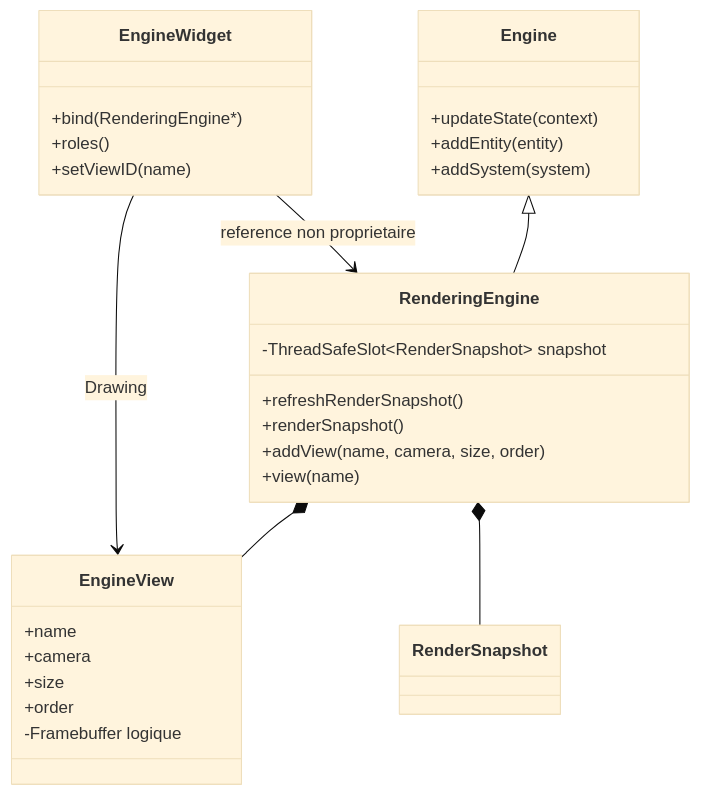
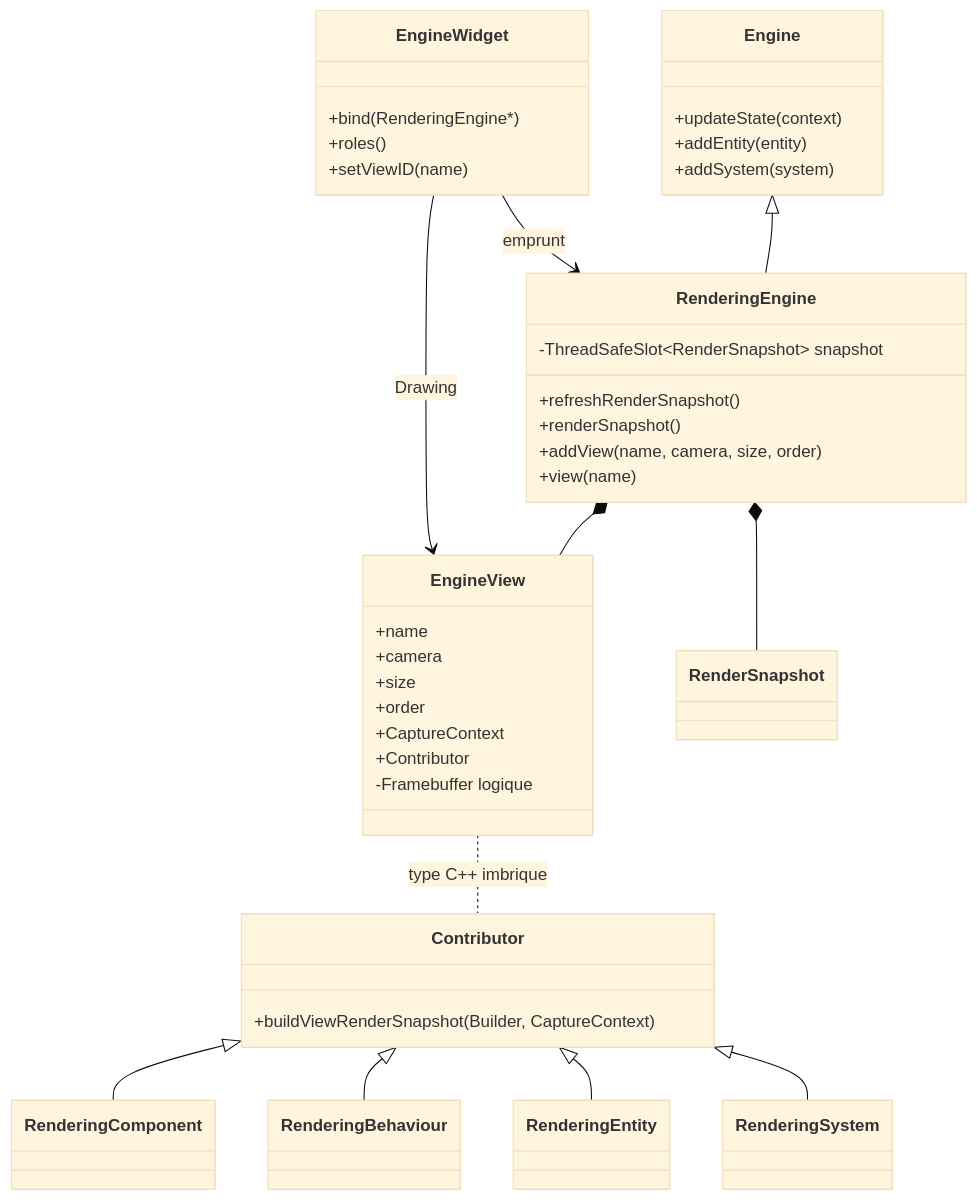
Before and after one commit to EreliaStudio/Sparkle: the sixth of 10 diagrams in docs/voxel-engine-v0.1.4-specification.md, drawn with Mermaid (base theme). The commit also changed other lines of this file, not shown here.

Commit message:
docs(v0.1.4): align class and execution diagrams with EngineView contributors

````diff
--- a/docs/voxel-engine-v0.1.4-specification.md
+++ b/docs/voxel-engine-v0.1.4-specification.md
@@ -586,32 +588,46 @@
 ```mermaid
 classDiagram
   class Engine {
     +updateState(context)
     +addEntity(entity)
     +addSystem(system)
   }
   class RenderingEngine {
     +refreshRenderSnapshot()
     +renderSnapshot()
     +addView(name, camera, size, order)
     +view(name)
     -ThreadSafeSlot~RenderSnapshot~ snapshot
   }
   class EngineView {
     +name
     +camera
     +size
     +order
+    +CaptureContext
+    +Contributor
     -Framebuffer logique
   }
+  class Contributor {
+    +buildViewRenderSnapshot(Builder, CaptureContext)
+  }
+  class RenderingComponent
+  class RenderingBehaviour
+  class RenderingEntity
+  class RenderingSystem
   class EngineWidget {
     +bind(RenderingEngine*)
     +roles()
     +setViewID(name)
   }
   Engine <|-- RenderingEngine
   RenderingEngine *-- EngineView
   RenderingEngine *-- RenderSnapshot
-  EngineWidget --> RenderingEngine : reference non proprietaire
+  EngineView .. Contributor : type C++ imbrique
+  Contributor <|-- RenderingComponent
+  Contributor <|-- RenderingBehaviour
+  Contributor <|-- RenderingEntity
+  Contributor <|-- RenderingSystem
+  EngineWidget --> RenderingEngine : emprunt
   EngineWidget --> EngineView : Drawing
 ```
````
